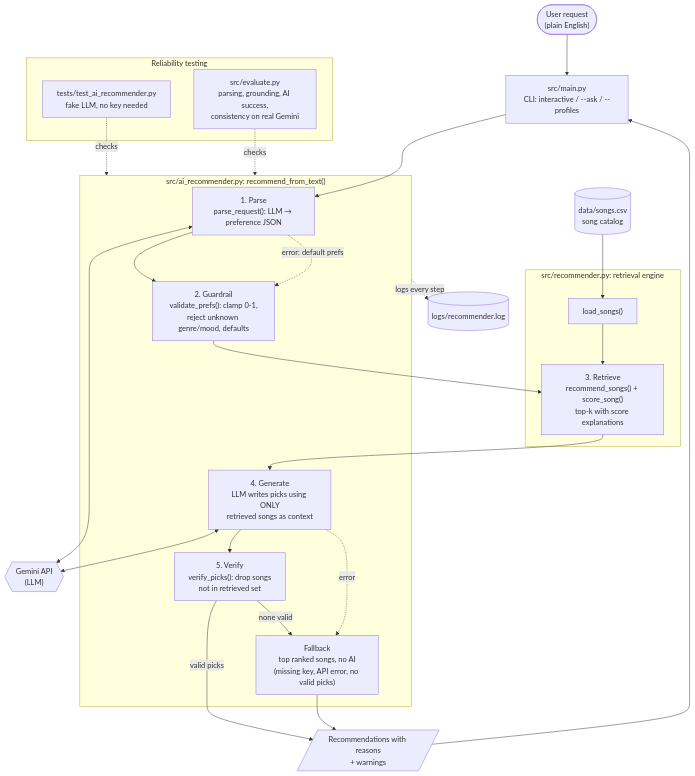
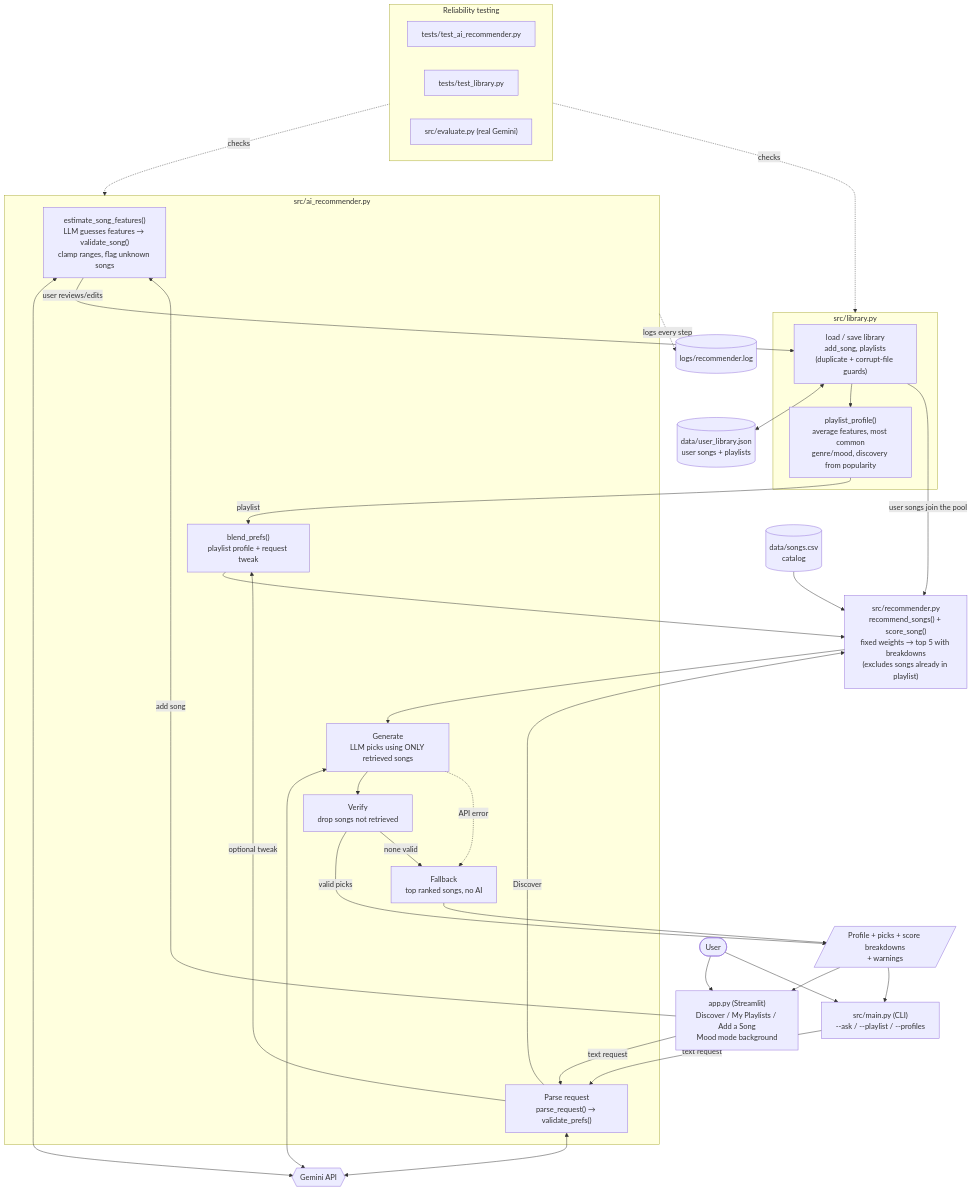
One commit to markkubrak/applied-ai-system-project changed the diagram in diagrams/architecture.mmd. Above: the diagram before and after it, drawn with Mermaid. The commit also changed 9 other files, not shown here.

Commit message:
The app has UI, a playist feature, and determines mood

```diff
--- a/diagrams/architecture.mmd
+++ b/diagrams/architecture.mmd
@@ -1,46 +1,61 @@
 flowchart TD
-    %% Music Recommender - RAG architecture
+    %% Music Recommender - RAG + playlists architecture
 
-    USER(["User request<br/>(plain English)"])
-    MAIN["src/main.py<br/>CLI: interactive / --ask / --profiles"]
-    CSV[("data/songs.csv<br/>song catalog")]
-    GEMINI{{"Gemini API<br/>(LLM)"}}
+    USER(["User"])
+    APP["app.py (Streamlit)<br/>Discover / My Playlists / Add a Song<br/>Mood mode background"]
+    CLI["src/main.py (CLI)<br/>--ask / --playlist / --profiles"]
+    CSV[("data/songs.csv<br/>catalog")]
+    LIBJSON[("data/user_library.json<br/>user songs + playlists")]
+    GEMINI{{"Gemini API"}}
     LOG[("logs/recommender.log")]
 
-    subgraph AI["src/ai_recommender.py: recommend_from_text()"]
-        PARSE["1. Parse<br/>parse_request(): LLM → preference JSON"]
-        GUARD["2. Guardrail<br/>validate_prefs(): clamp 0-1,<br/>reject unknown genre/mood, defaults"]
-        GEN["4. Generate<br/>LLM writes picks using ONLY<br/>retrieved songs as context"]
-        VERIFY["5. Verify<br/>verify_picks(): drop songs<br/>not in retrieved set"]
-        FALLBACK["Fallback<br/>top ranked songs, no AI<br/>(missing key, API error, no valid picks)"]
+    subgraph LIB["src/library.py"]
+        STORE["load / save library<br/>add_song, playlists<br/>(duplicate + corrupt-file guards)"]
+        PROFILE["playlist_profile()<br/>average features, most common<br/>genre/mood, discovery from popularity"]
     end
 
-    subgraph REC["src/recommender.py: retrieval engine"]
-        LOAD["load_songs()"]
-        RANK["3. Retrieve<br/>recommend_songs() + score_song()<br/>top-k with score explanations"]
+    subgraph AI["src/ai_recommender.py"]
+        EST["estimate_song_features()<br/>LLM guesses features → validate_song()<br/>clamp ranges, flag unknown songs"]
+        PARSE["Parse request<br/>parse_request() → validate_prefs()"]
+        BLEND["blend_prefs()<br/>playlist profile + request tweak"]
+        GEN["Generate<br/>LLM picks using ONLY retrieved songs"]
+        VERIFY["Verify<br/>drop songs not retrieved"]
+        FALLBACK["Fallback<br/>top ranked songs, no AI"]
     end
 
-    OUT[/"Recommendations with reasons<br/>+ warnings"/]
+    RANK["src/recommender.py<br/>recommend_songs() + score_song()<br/>fixed weights → top 5 with breakdowns<br/>(excludes songs already in playlist)"]
+    OUT[/"Profile + picks + score breakdowns<br/>+ warnings"/]
 
-    subgraph QA["Reliability testing"]
-        TESTS["tests/test_ai_recommender.py<br/>fake LLM, no key needed"]
-        EVAL["src/evaluate.py<br/>parsing, grounding, AI success,<br/>consistency on real Gemini"]
-    end
+    USER --> APP & CLI
+    APP -- "add song" --> EST
+    EST <--> GEMINI
+    EST -- "user reviews/edits" --> STORE
+    STORE <--> LIBJSON
+    STORE --> PROFILE
 
-    USER --> MAIN --> PARSE
-    CSV --> LOAD --> RANK
+    APP & CLI -- "text request" --> PARSE
     PARSE <--> GEMINI
-    PARSE --> GUARD --> RANK
+    PARSE -- "Discover" --> RANK
+    PROFILE -- "playlist" --> BLEND
+    PARSE -- "optional tweak" --> BLEND
+    BLEND --> RANK
+    CSV --> RANK
+    STORE -- "user songs join the pool" --> RANK
+
     RANK --> GEN
     GEN <--> GEMINI
     GEN --> VERIFY
     VERIFY -- "valid picks" --> OUT
     VERIFY -- "none valid" --> FALLBACK
-    PARSE -. "error: default prefs" .-> GUARD
-    GEN -. "error" .-> FALLBACK
+    GEN -. "API error" .-> FALLBACK
     FALLBACK --> OUT
-    OUT --> MAIN
+    OUT --> APP & CLI
 
     AI -. "logs every step" .-> LOG
-    TESTS -. checks .-> AI
-    EVAL -. checks .-> AI
+
+    subgraph QA["Reliability testing"]
+        T1["tests/test_ai_recommender.py"]
+        T2["tests/test_library.py"]
+        EVAL["src/evaluate.py (real Gemini)"]
+    end
+    QA -. checks .-> AI & LIB
```
